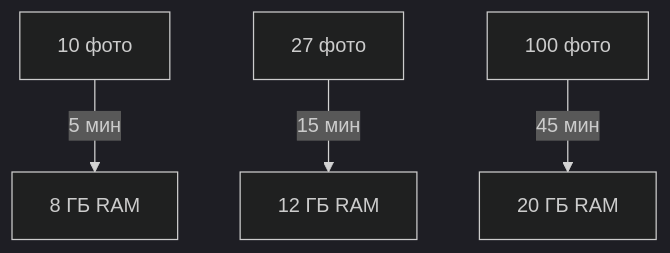
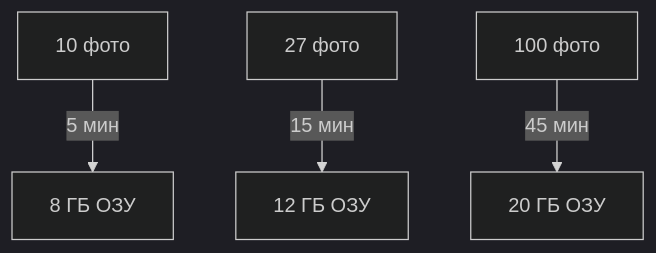
One commit to nikitosrus01/BC-26 changed the diagram in README.md. Above: the diagram before and after it, drawn with Mermaid (dark theme). The commit also changed other lines of this file, not shown here.

````diff
--- a/README.md
+++ b/README.md
@@ -83,6 +100,6 @@
 ```mermaid
 graph TD
-    A[10 фото] -->|5 мин| B[8 ГБ RAM]
-    C[27 фото] -->|15 мин| D[12 ГБ RAM] 
-    E[100 фото] -->|45 мин| F[20 ГБ RAM]
+    A[10 фото] -->|5 мин| B[8 ГБ ОЗУ]
+    C[27 фото] -->|15 мин| D[12 ГБ ОЗУ] 
+    E[100 фото] -->|45 мин| F[20 ГБ ОЗУ]
 ```
````
